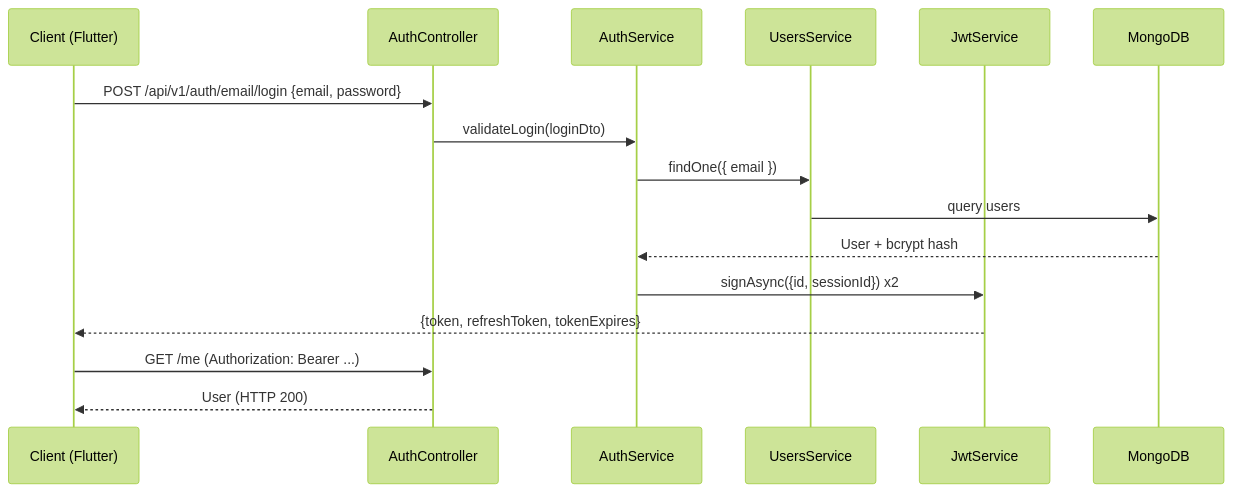
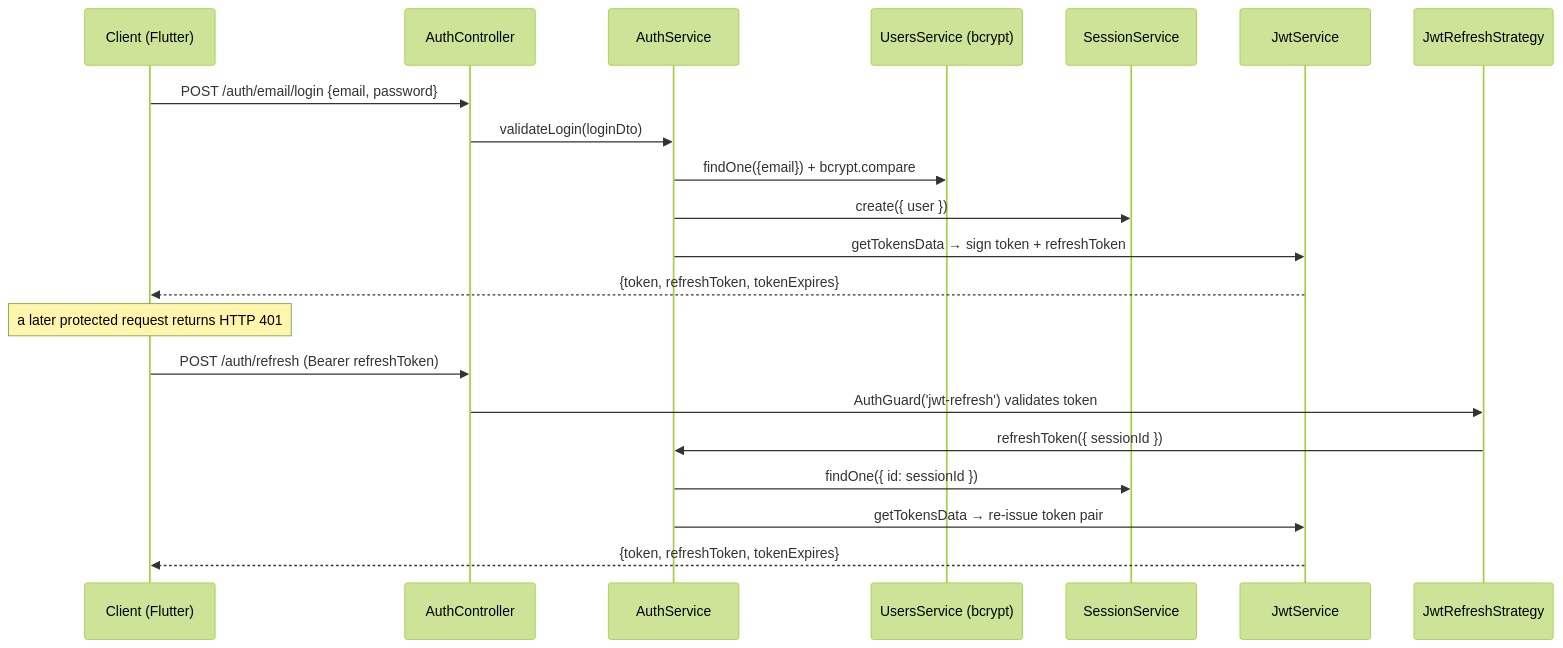
One commit to blitzy-public-samples/pantry-chef-traditional changed the diagram in backend/src/auth/README.md. Above: the diagram before and after it, drawn with Mermaid (forest theme). The commit also changed other lines of this file and 24 other files, not shown here.

First line of the commit message:
docs(review): resolve checkpoint findings for Users, Ingridient, Auth modules

````diff
--- a/backend/src/auth/README.md
+++ b/backend/src/auth/README.md
@@ -89,18 +89,23 @@
 ```mermaid
 sequenceDiagram
     participant C as Client (Flutter)
     participant A as AuthController
     participant S as AuthService
-    participant U as UsersService
+    participant U as UsersService (bcrypt)
+    participant SS as SessionService
     participant J as JwtService
-    participant DB as MongoDB
-    C->>A: POST /api/v1/auth/email/login {email, password}
+    participant R as JwtRefreshStrategy
+    C->>A: POST /auth/email/login {email, password}
     A->>S: validateLogin(loginDto)
-    S->>U: findOne({ email })
-    U->>DB: query users
-    DB-->>S: User + bcrypt hash
-    S->>J: signAsync({id, sessionId}) x2
+    S->>U: findOne({email}) + bcrypt.compare
+    S->>SS: create({ user })
+    S->>J: getTokensData → sign token + refreshToken
     J-->>C: {token, refreshToken, tokenExpires}
-    C->>A: GET /me (Authorization: Bearer ...)
-    A-->>C: User (HTTP 200)
+    Note over C: a later protected request returns HTTP 401
+    C->>A: POST /auth/refresh (Bearer refreshToken)
+    A->>R: AuthGuard('jwt-refresh') validates token
+    R->>S: refreshToken({ sessionId })
+    S->>SS: findOne({ id: sessionId })
+    S->>J: getTokensData → re-issue token pair
+    J-->>C: {token, refreshToken, tokenExpires}
 ```
````
